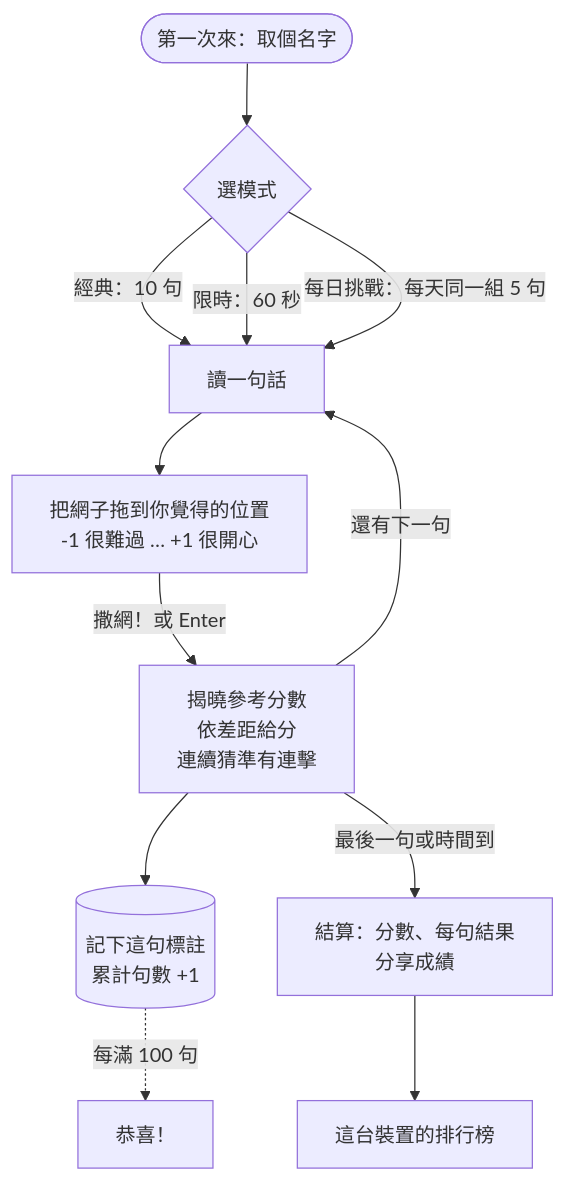
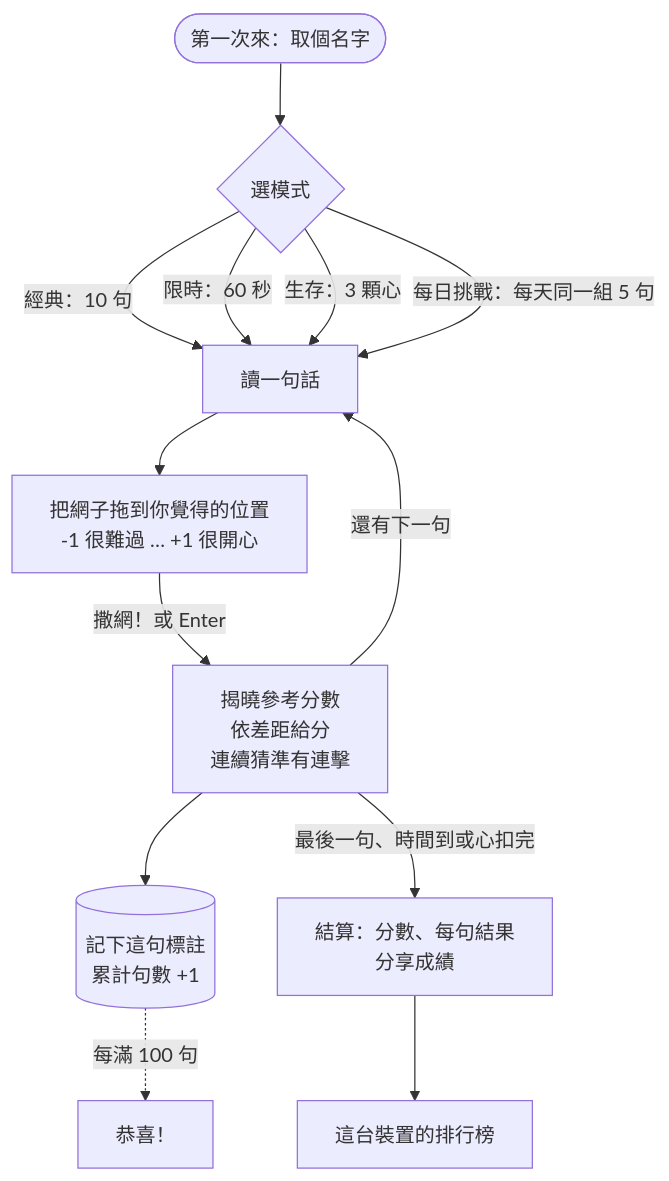
Before and after one commit to NatLee/word-net-game: the diagram in README.md, drawn with Mermaid. The commit also changed other lines of this file and 7 other files, not shown here.

````diff
--- a/README.md
+++ b/README.md
@@ -89,14 +90,15 @@
 ```mermaid
 flowchart TD
   start([第一次來：取個名字]) --> pick{選模式}
   pick -->|經典：10 句| read
   pick -->|限時：60 秒| read
+  pick -->|生存：3 顆心| read
   pick -->|每日挑戰：每天同一組 5 句| read
   read[讀一句話] --> cast[把網子拖到你覺得的位置<br/>-1 很難過 … +1 很開心]
   cast -->|撒網！或 Enter| reveal[揭曉參考分數<br/>依差距給分<br/>連續猜準有連擊]
   reveal --> record[(記下這句標註<br/>累計句數 +1)]
   record -.->|每滿 100 句| party[恭喜！]
   reveal -->|還有下一句| read
-  reveal -->|最後一句或時間到| summary[結算：分數、每句結果<br/>分享成績]
+  reveal -->|最後一句、時間到或心扣完| summary[結算：分數、每句結果<br/>分享成績]
   summary --> board[這台裝置的排行榜]
 ```
````
